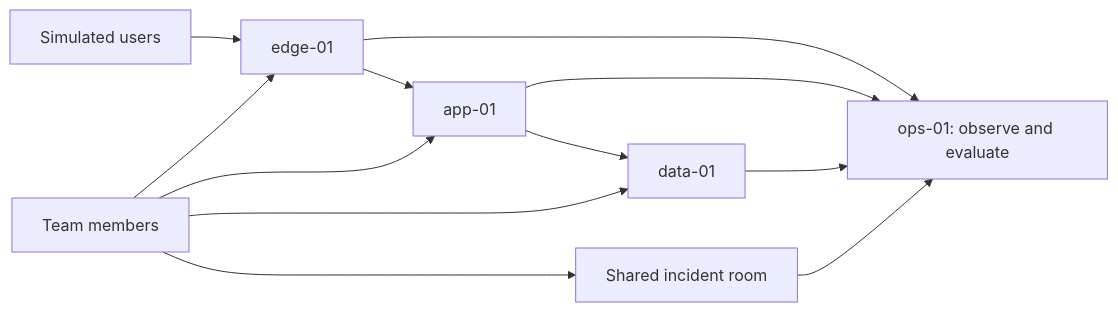
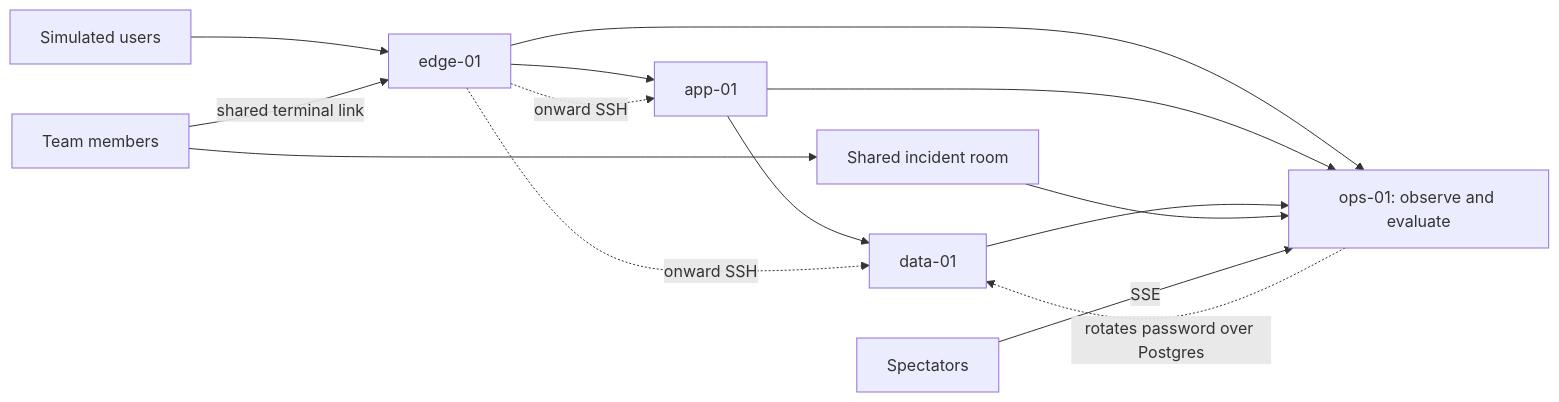
Before and after one commit to lpmi-13/plan-docs: the diagram in BREAK_TEAM_PLAN.md, drawn with Mermaid. The commit also changed other lines of this file, not shown here.

````diff
--- a/BREAK_TEAM_PLAN.md
+++ b/BREAK_TEAM_PLAN.md
@@ -37,10 +52,13 @@
 ```mermaid
 flowchart LR
     U[Simulated users] --> E[edge-01]
     E --> A[app-01]
     A --> D[data-01]
     E & A & D --> O[ops-01: observe and evaluate]
     P[Team members] --> R[Shared incident room]
     R --> O
-    P --> E & A & D
+    P -->|shared terminal link| E
+    E -. onward SSH .-> A & D
+    S[Spectators] -->|SSE| O
+    O -. rotates password over Postgres .-> D
 ```
````
